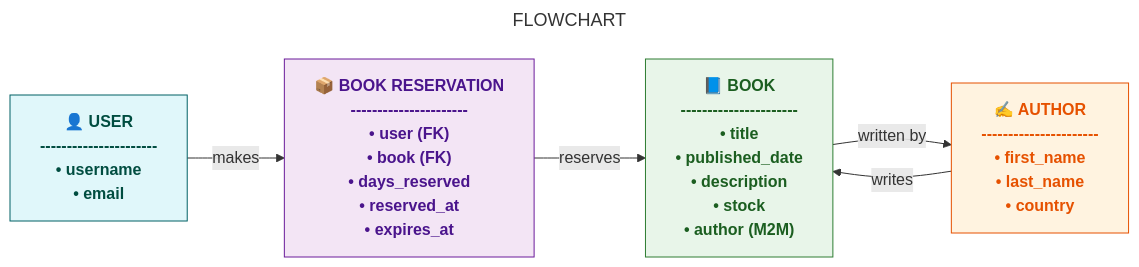
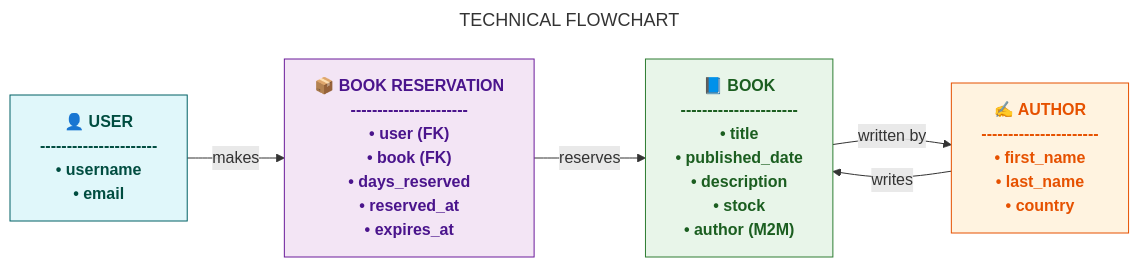
One commit to RocioSerrano0921/bookaroo changed the second of 2 diagrams in README.md. Above: the diagram before and after it, drawn with Mermaid. The commit also changed other lines of this file and 3 other files, not shown here.

Commit message:
Update README.md to include ERD and technical flowchart

````diff
--- a/README.md
+++ b/README.md
@@ -351,53 +363,53 @@
 ```mermaid
 ---
-title: FLOWCHART
+title: TECHNICAL FLOWCHART
 ---
 
 flowchart LR
     %% Entities
     USER["👤 USER
     ----------------------
     • username
     • email"]
 
     BOOKRESERVATION["📦 BOOK RESERVATION
     ----------------------
     • user (FK)
     • book (FK)
     • days_reserved
     • reserved_at
     • expires_at"]
 
     BOOK["📘 BOOK
     ----------------------
     • title
     • published_date
     • description
     • stock
     • author (M2M)"]
 
     AUTHOR["✍️ AUTHOR
     ----------------------
     • first_name
     • last_name
     • country"]
 
     %% Relationships
     USER -->|"makes"| BOOKRESERVATION
     BOOKRESERVATION -->|"reserves"| BOOK
     BOOK -->|"written by"| AUTHOR
     AUTHOR -->|"writes"| BOOK
 
     %% Styling
     classDef user fill:#E0F7FA,stroke:#006064,stroke-width:1px,color:#004D40,font-weight:bold
     classDef author fill:#FFF3E0,stroke:#E65100,stroke-width:1px,color:#E65100,font-weight:bold
     classDef book fill:#E8F5E9,stroke:#2E7D32,stroke-width:1px,color:#1B5E20,font-weight:bold
     classDef reservation fill:#F3E5F5,stroke:#6A1B9A,stroke-width:1px,color:#4A148C,font-weight:bold
 
     class USER user
     class AUTHOR author
     class BOOK book
     class BOOKRESERVATION reservation
 
 
 ```
````
